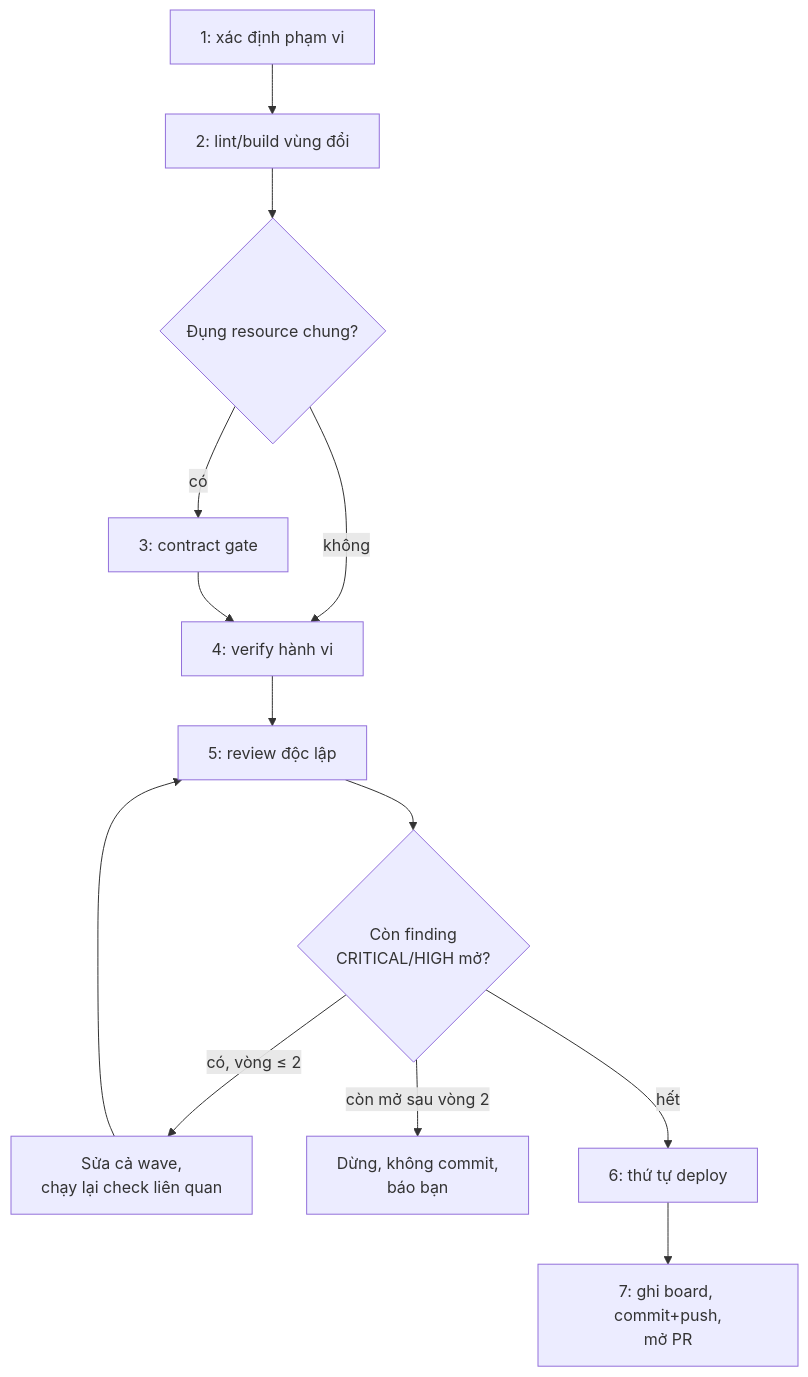
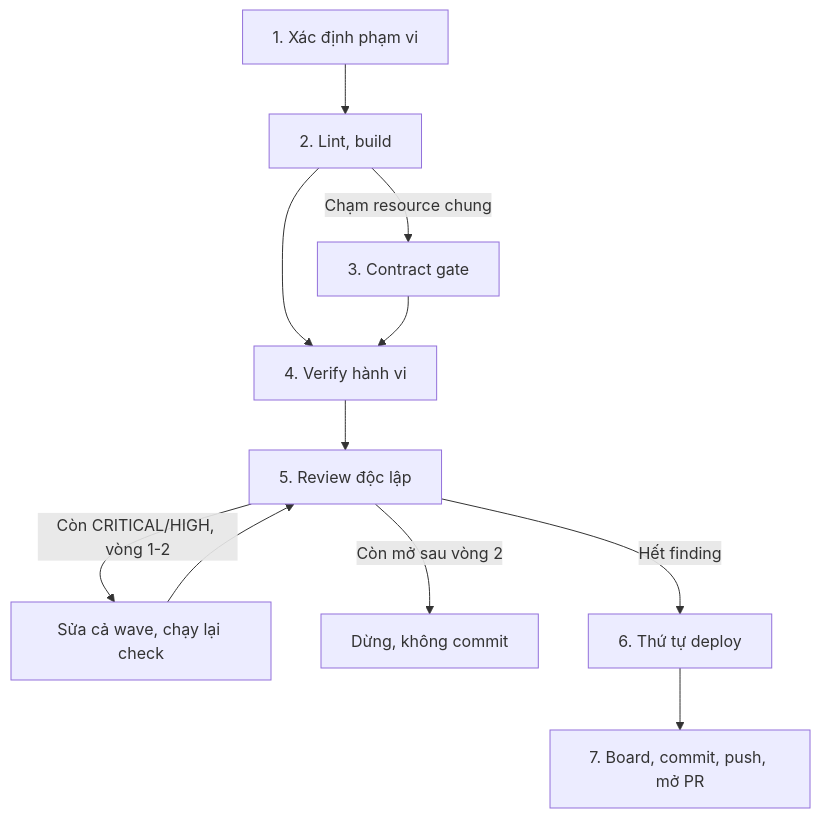
One commit to ZenifyAIContactCenter/zenify-kit changed the diagram in website/workflows/ship.md. Above: the diagram before and after it, drawn with Mermaid. The commit also changed other lines of this file and 16 other files, not shown here.

````diff
--- a/website/workflows/ship.md
+++ b/website/workflows/ship.md
@@ -31,15 +33,15 @@
 ```mermaid
 flowchart TD
-  A[1: xác định phạm vi] --> B[2: lint/build vùng đổi]
-  B --> C{Đụng resource chung?}
-  C -- có --> D[3: contract gate]
-  C -- không --> E[4: verify hành vi]
+  A["1. Xác định phạm vi"] --> B["2. Lint, build"]
+  B -->|Chạm resource chung| D["3. Contract gate"]
+  B --> E["4. Verify hành vi"]
   D --> E
-  E --> F[5: review độc lập]
-  F --> G{Còn finding<br/>CRITICAL/HIGH mở?}
-  G -- có, vòng ≤ 2 --> H[Sửa cả wave,<br/>chạy lại check liên quan]
+  E --> F["5. Review độc lập"]
+  F -->|Còn CRITICAL/HIGH, vòng 1-2| H["Sửa cả wave, chạy lại check"]
   H --> F
-  G -- còn mở sau vòng 2 --> I[Dừng, không commit,<br/>báo bạn]
-  G -- hết --> J[6: thứ tự deploy]
-  J --> K[7: ghi board, commit+push,<br/>mở PR]
+  F -->|Còn mở sau vòng 2| I["Dừng, không commit"]
+  F -->|Hết finding| J["6. Thứ tự deploy"]
+  J --> K["7. Board, commit, push, mở PR"]
+  class A,B,D,E,F,H,J,K action
+  class I stop
 ```
````
